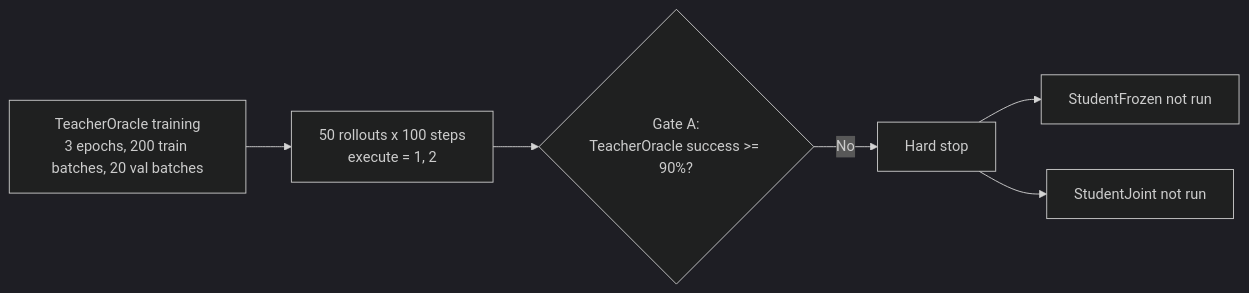
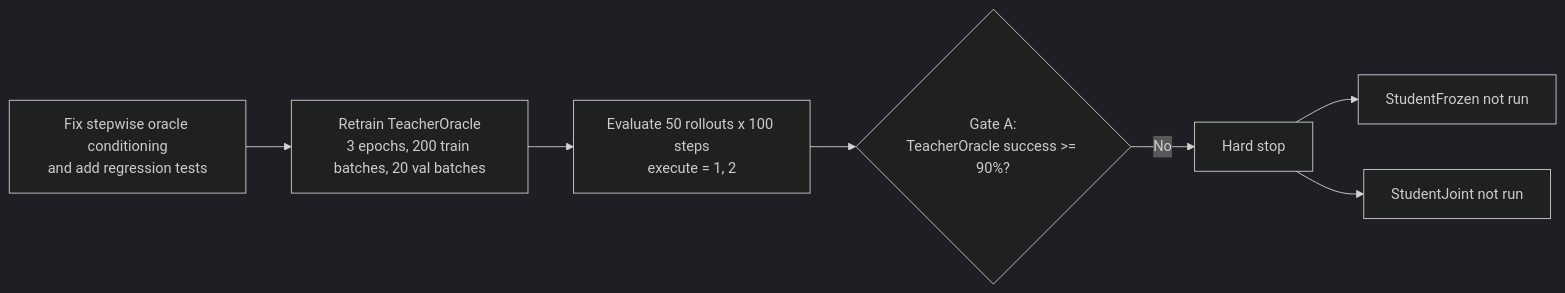
One commit to YichengDraw/vw2-directact-pusht-falsification changed the diagram in README.md. Above: the diagram before and after it, drawn with Mermaid (dark theme). The commit also changed other lines of this file and 40 other files, not shown here.

````diff
--- a/README.md
+++ b/README.md
@@ -17,8 +16,9 @@
 ```mermaid
 flowchart LR
-    A["TeacherOracle training<br/>3 epochs, 200 train batches, 20 val batches"] --> B["50 rollouts x 100 steps<br/>execute = 1, 2"]
-    B --> C{"Gate A:<br/>TeacherOracle success >= 90%?"}
-    C -->|No| D["Hard stop"]
-    D --> E["StudentFrozen not run"]
-    D --> F["StudentJoint not run"]
+    A["Fix stepwise oracle conditioning<br/>and add regression tests"] --> B["Retrain TeacherOracle<br/>3 epochs, 200 train batches, 20 val batches"]
+    B --> C["Evaluate 50 rollouts x 100 steps<br/>execute = 1, 2"]
+    C --> D{"Gate A:<br/>TeacherOracle success >= 90%?"}
+    D -->|No| E["Hard stop"]
+    E --> F["StudentFrozen not run"]
+    E --> G["StudentJoint not run"]
 ```
````
